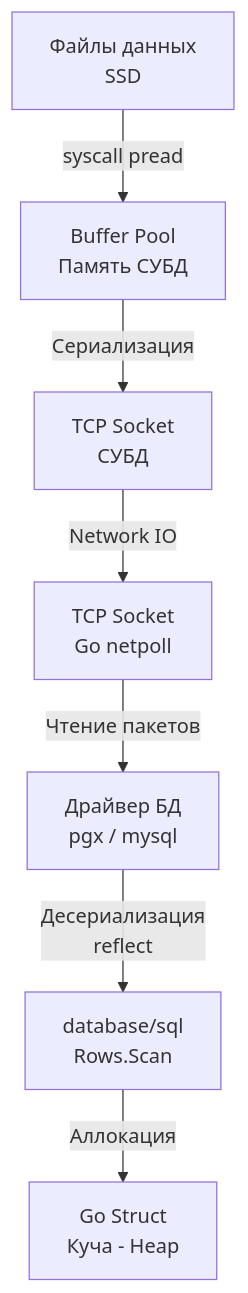
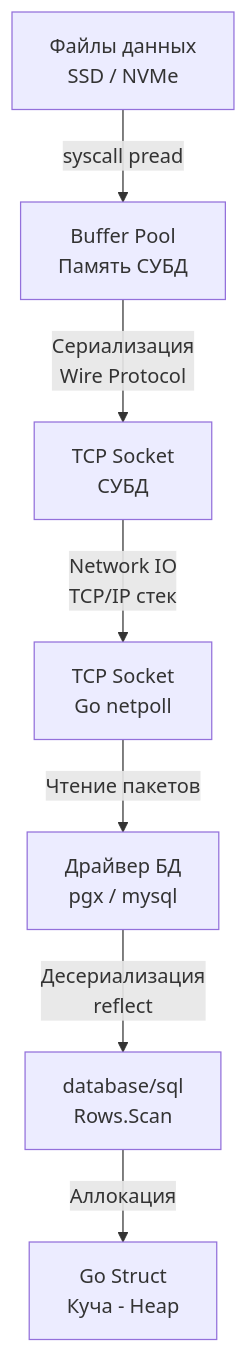
The diagram in sources/12. Базы данных/02. SQL базовый/2. SELECT. Основы.md (UnrealTemplier/go-textbook), drawn with Mermaid before and after one commit. The commit also changed other lines of this file, not shown here.

````diff
--- a/sources/12. Базы данных/02. SQL базовый/2. SELECT. Основы.md
+++ b/sources/12. Базы данных/02. SQL базовый/2. SELECT. Основы.md
@@ -35,9 +45,9 @@
 ```mermaid
 flowchart TD
-    DBDisk["Файлы данных<br>SSD"] -->|"syscall pread"| DBMem["Buffer Pool<br>Память СУБД"]
-    DBMem -->|"Сериализация"| DBNet["TCP Socket<br>СУБД"]
-    DBNet -->|"Network IO"| GoNet["TCP Socket<br>Go netpoll"]
+    DBDisk["Файлы данных<br>SSD / NVMe"] -->|"syscall pread"| DBMem["Buffer Pool<br>Память СУБД"]
+    DBMem -->|"Сериализация<br>Wire Protocol"| DBNet["TCP Socket<br>СУБД"]
+    DBNet -->|"Network IO<br>TCP/IP стек"| GoNet["TCP Socket<br>Go netpoll"]
     GoNet -->|"Чтение пакетов"| GoDriver["Драйвер БД<br>pgx / mysql"]
     GoDriver -->|"Десериализация<br>reflect"| GoScan["database/sql<br>Rows.Scan"]
     GoScan -->|"Аллокация"| GoStruct["Go Struct<br>Куча - Heap"]
 ```
````
